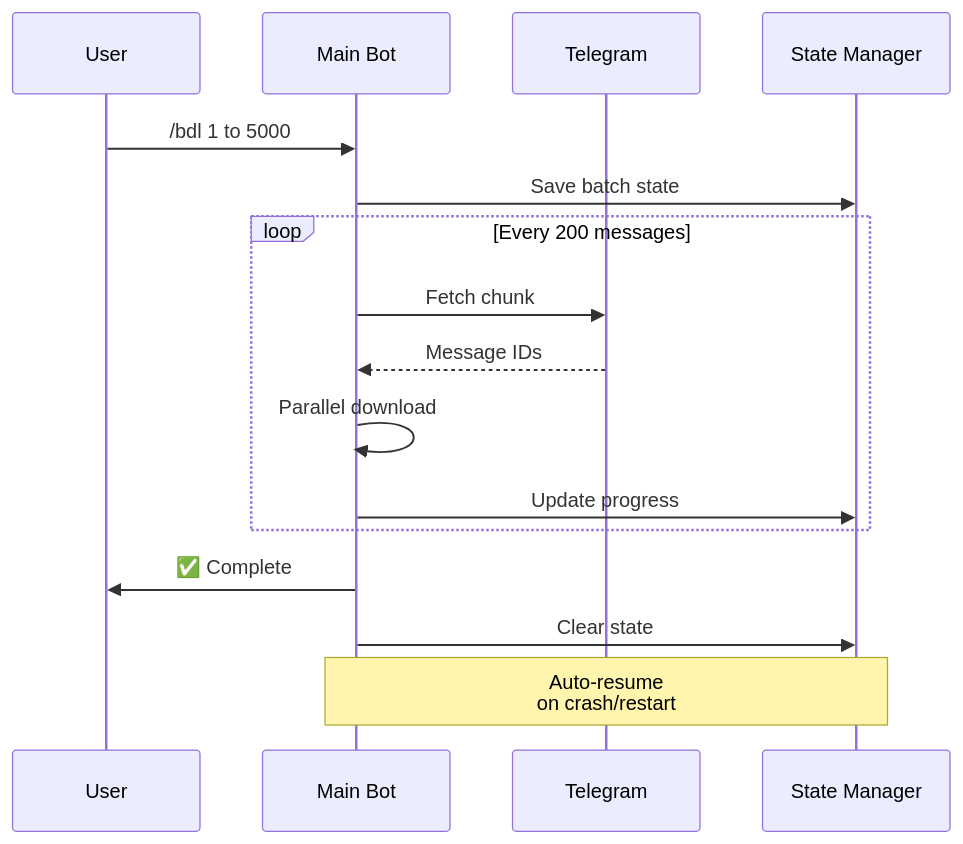
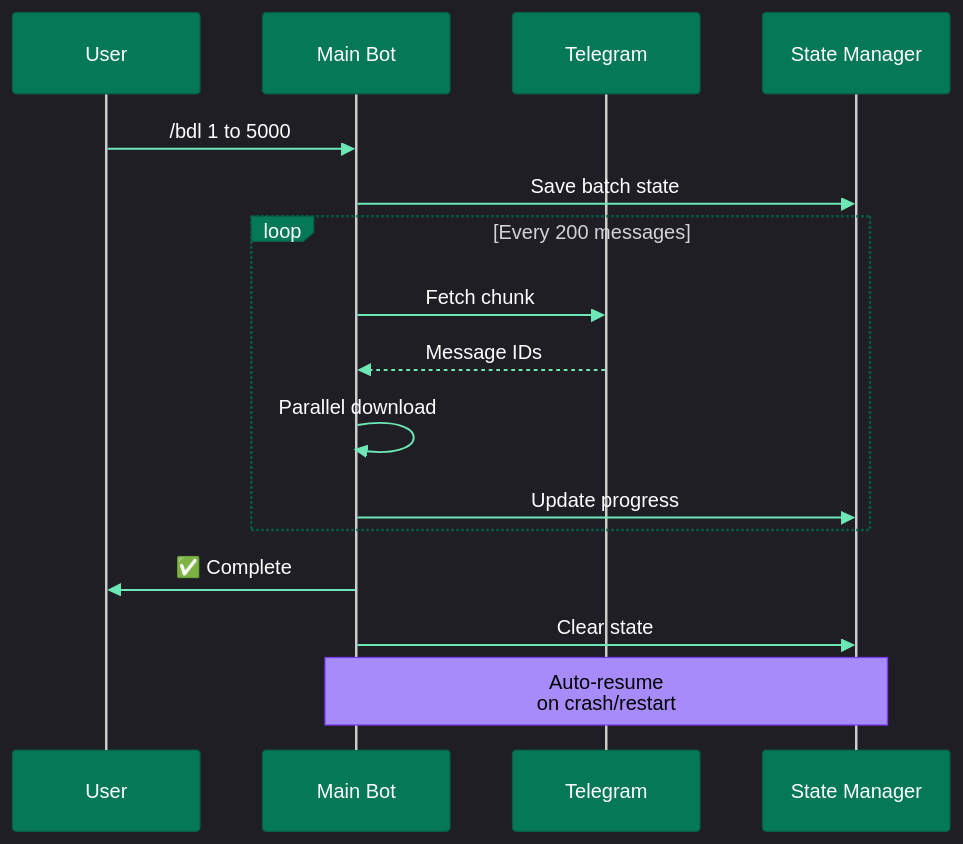
The fourth of 4 diagrams in README.md (hxgzg6635jgd-art/TelegramRestrictionBypass), drawn with Mermaid before and after one commit. The commit also changed other lines of this file and 2 other files, not shown here.

````diff
--- a/README.md
+++ b/README.md
@@ -601,20 +664,21 @@
 ```mermaid
+%%{init: {'theme':'dark', 'themeVariables': { 'primaryColor':'#34d399','primaryTextColor':'#fff','primaryBorderColor':'#059669','lineColor':'#6ee7b7','secondaryColor':'#10b981','actorBkg':'#047857','actorBorder':'#065f46','actorTextColor':'#fff','signalColor':'#6ee7b7','signalTextColor':'#fff','labelBoxBkgColor':'#047857','labelBoxBorderColor':'#065f46','labelTextColor':'#fff','noteBkgColor':'#a78bfa','noteBorderColor':'#7c3aed','noteTextColor':'#000'}}}%%
 sequenceDiagram
     participant U as User
     participant M as Main Bot
     participant T as Telegram
     participant S as State Manager
 
     U->>M: /bdl 1 to 5000
     M->>S: Save batch state
     loop Every 200 messages
         M->>T: Fetch chunk
         T-->>M: Message IDs
         M->>M: Parallel download
         M->>S: Update progress
     end
     M->>U: ✅ Complete
     M->>S: Clear state
 
     Note over M,S: Auto-resume<br/>on crash/restart
 ```
````
